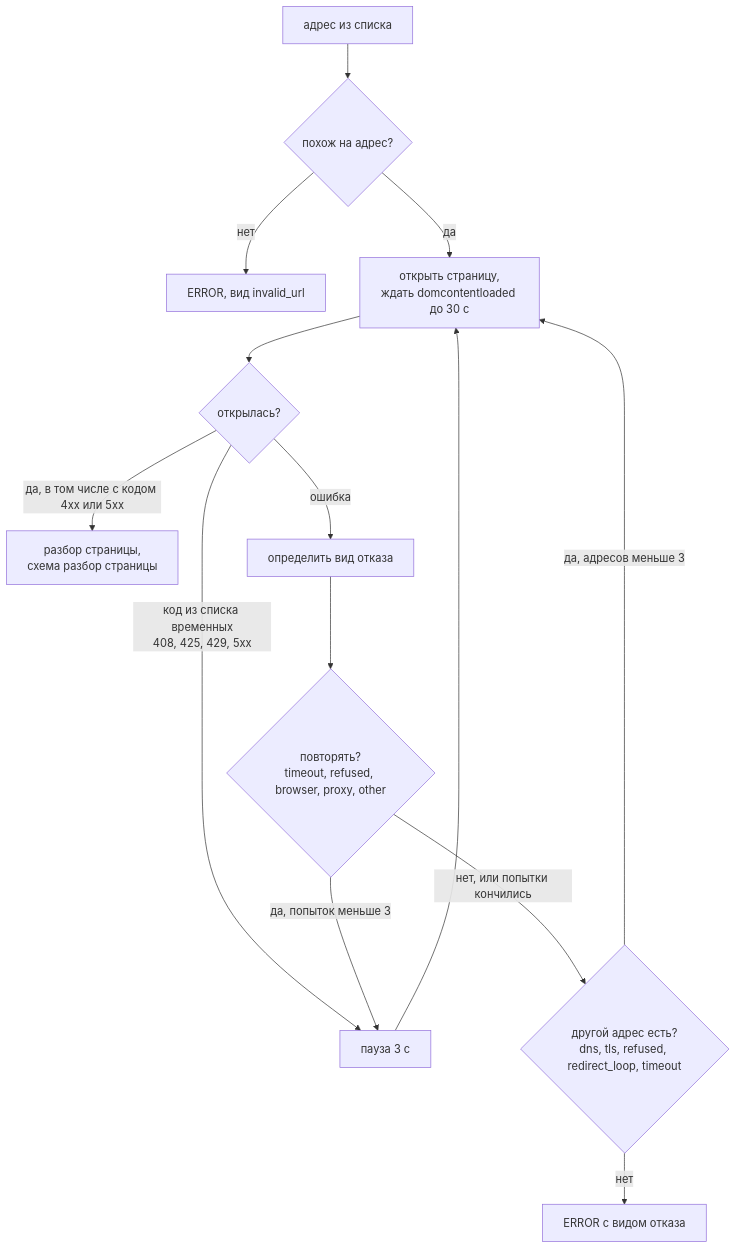
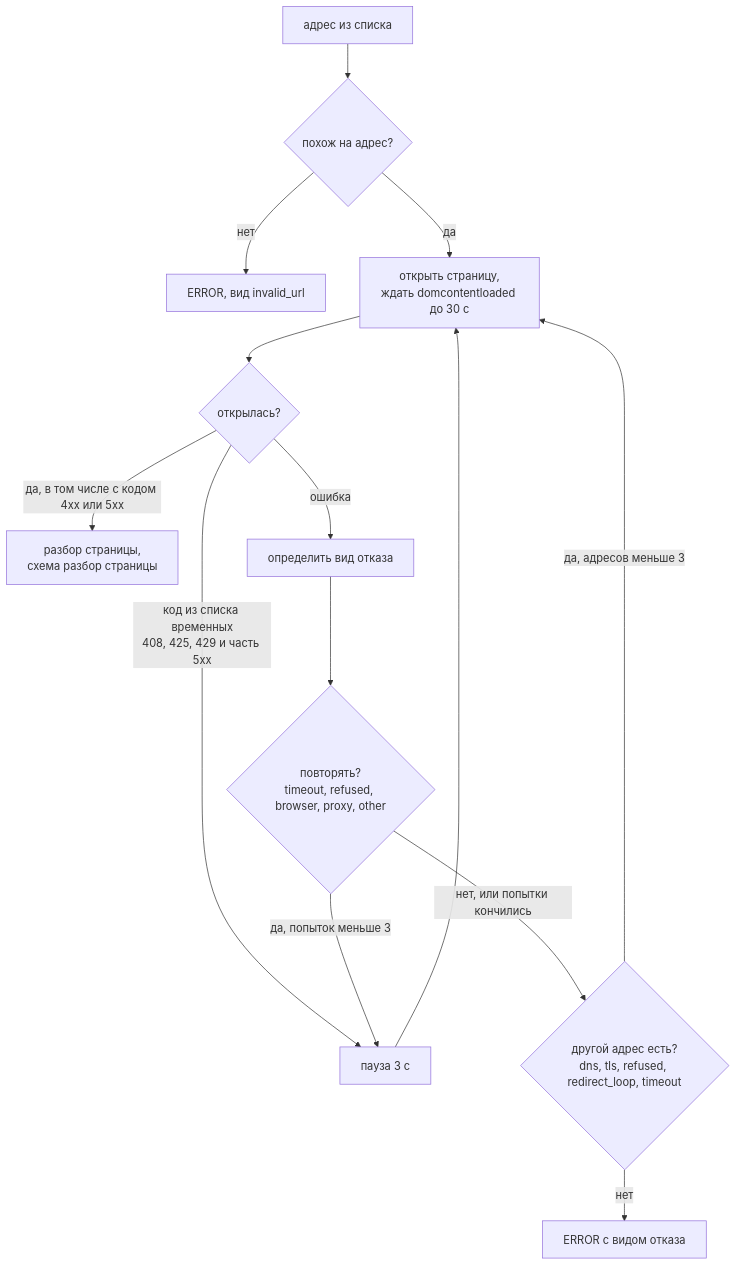
The third of 5 diagrams in analytics/google_page_checker/README.md (not-hehe/digital_tools), drawn with Mermaid before and after one commit. The commit also changed other lines of this file and 20 other files, not shown here.

````diff
--- a/analytics/google_page_checker/README.md
+++ b/analytics/google_page_checker/README.md
@@ -155,16 +150,16 @@
 ```mermaid
 flowchart TD
     URL[адрес из списка] --> VALID{похож на адрес?}
     VALID -->|нет| ERRI[ERROR, вид invalid_url]
     VALID -->|да| GOTO[открыть страницу,<br/>ждать domcontentloaded до 30 с]
     GOTO --> OK{открылась?}
     OK -->|да, в том числе с кодом 4xx или 5xx| AN[разбор страницы,<br/>схема разбор страницы]
-    OK -->|код из списка временных<br/>408, 425, 429, 5xx| PAUSE[пауза 3 с]
+    OK -->|код из списка временных<br/>408, 425, 429 и часть 5xx| PAUSE[пауза 3 с]
     OK -->|ошибка| KIND[определить вид отказа]
     KIND --> RETRY{повторять?<br/>timeout, refused, browser, proxy, other}
     RETRY -->|да, попыток меньше 3| PAUSE
     PAUSE --> GOTO
     RETRY -->|нет, или попытки кончились| ALT{другой адрес есть?<br/>dns, tls, refused, redirect_loop, timeout}
     ALT -->|да, адресов меньше 3| GOTO
     ALT -->|нет| ERR[ERROR с видом отказа]
 ```
````
